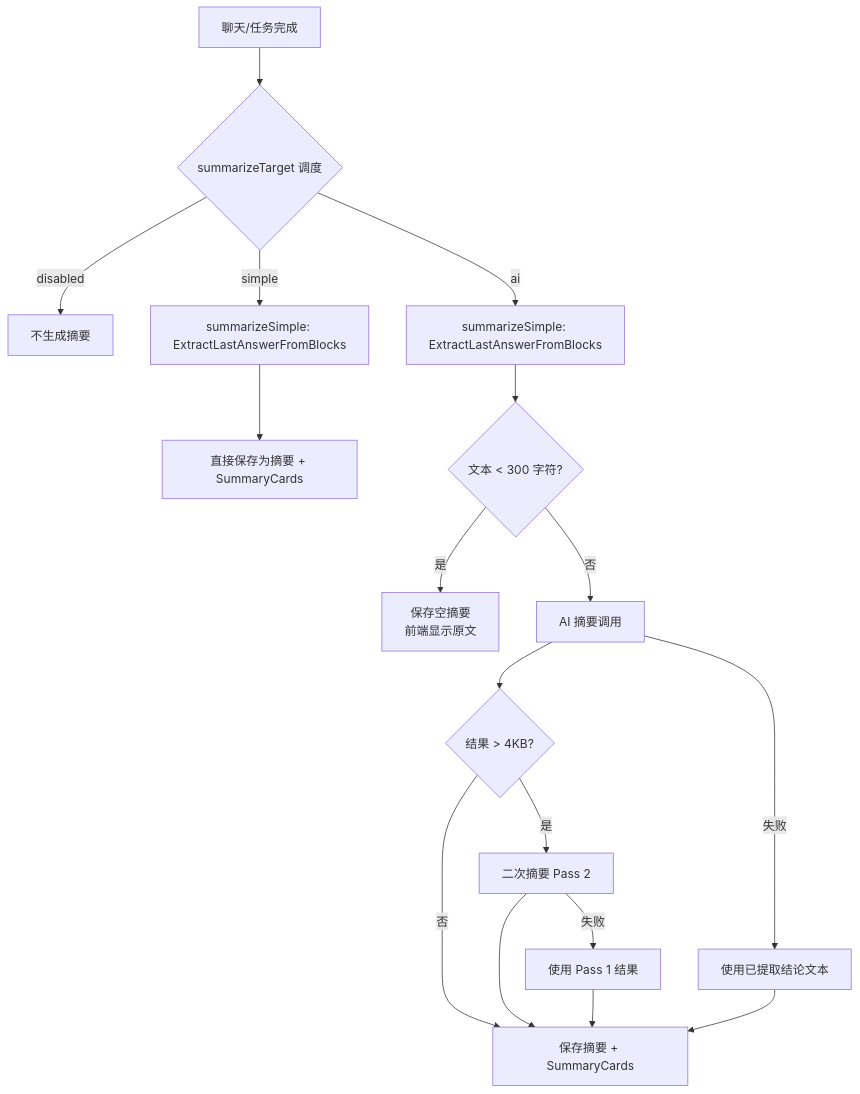
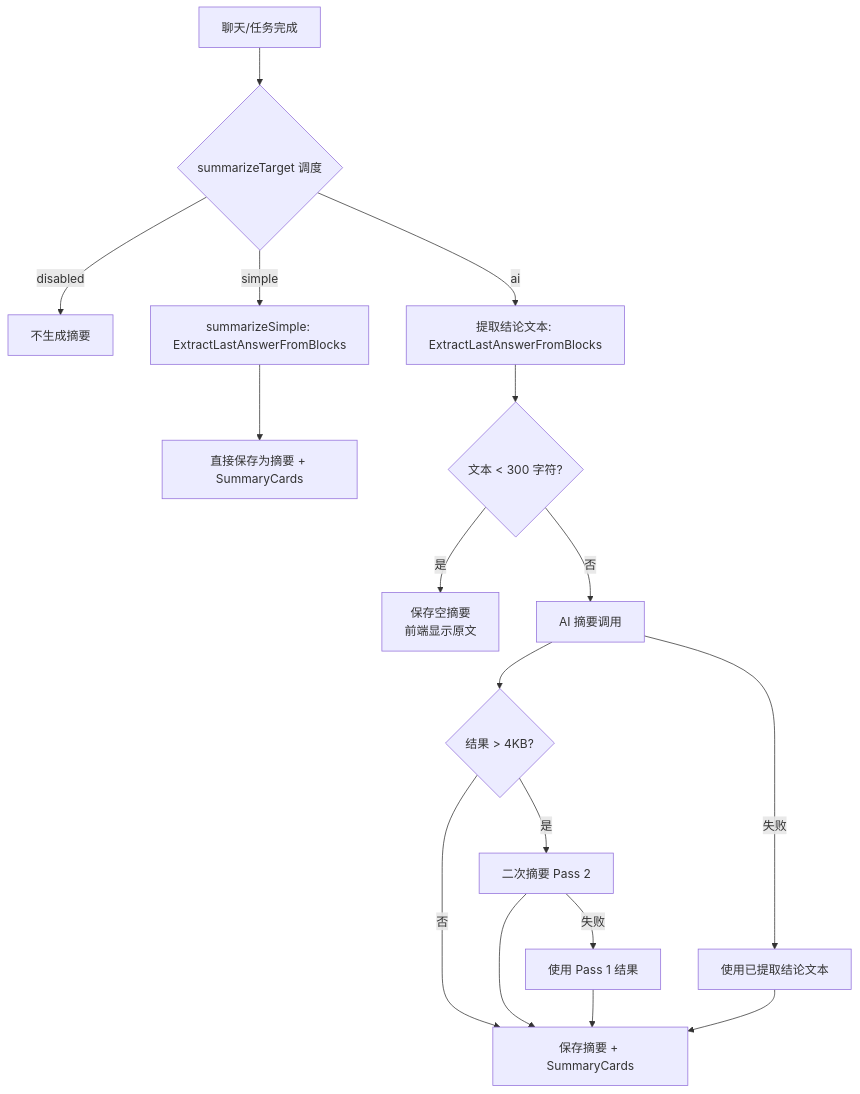
The first of 2 diagrams in docs/spec/core/summarization.md (clawbench-dev/clawbench), drawn with Mermaid before and after one commit. The commit also changed 1 other file, not shown here.

Commit message:
fix(docs): 修正摘要流程图标注和供应商数量
- summarization.md: ai 路径节点从 summarizeSimple 改为提取结论文本，避免与 simple 路径混淆
- config-and-discovery.md: 供应商数量从 28 改回 27，与代码实际数量一致

````diff
--- a/docs/spec/core/summarization.md
+++ b/docs/spec/core/summarization.md
@@ -9,19 +9,19 @@
 ```mermaid
 flowchart TD
     A[聊天/任务完成] --> B{summarizeTarget 调度}
     B -->|disabled| Z[不生成摘要]
     B -->|simple| C[summarizeSimple: ExtractLastAnswerFromBlocks]
     C --> D[直接保存为摘要 + SummaryCards]
-    B -->|ai| E[summarizeSimple: ExtractLastAnswerFromBlocks]
+    B -->|ai| E[提取结论文本: ExtractLastAnswerFromBlocks]
     E --> F{文本 < 300 字符?}
     F -->|是| G[保存空摘要<br/>前端显示原文]
     F -->|否| H[AI 摘要调用]
     H --> I{结果 > 4KB?}
     I -->|否| J[保存摘要 + SummaryCards]
     I -->|是| K[二次摘要 Pass 2]
     K --> J
     K -->|失败| L[使用 Pass 1 结果]
     L --> J
     H -->|失败| M[使用已提取结论文本]
     M --> J
 ```
````
